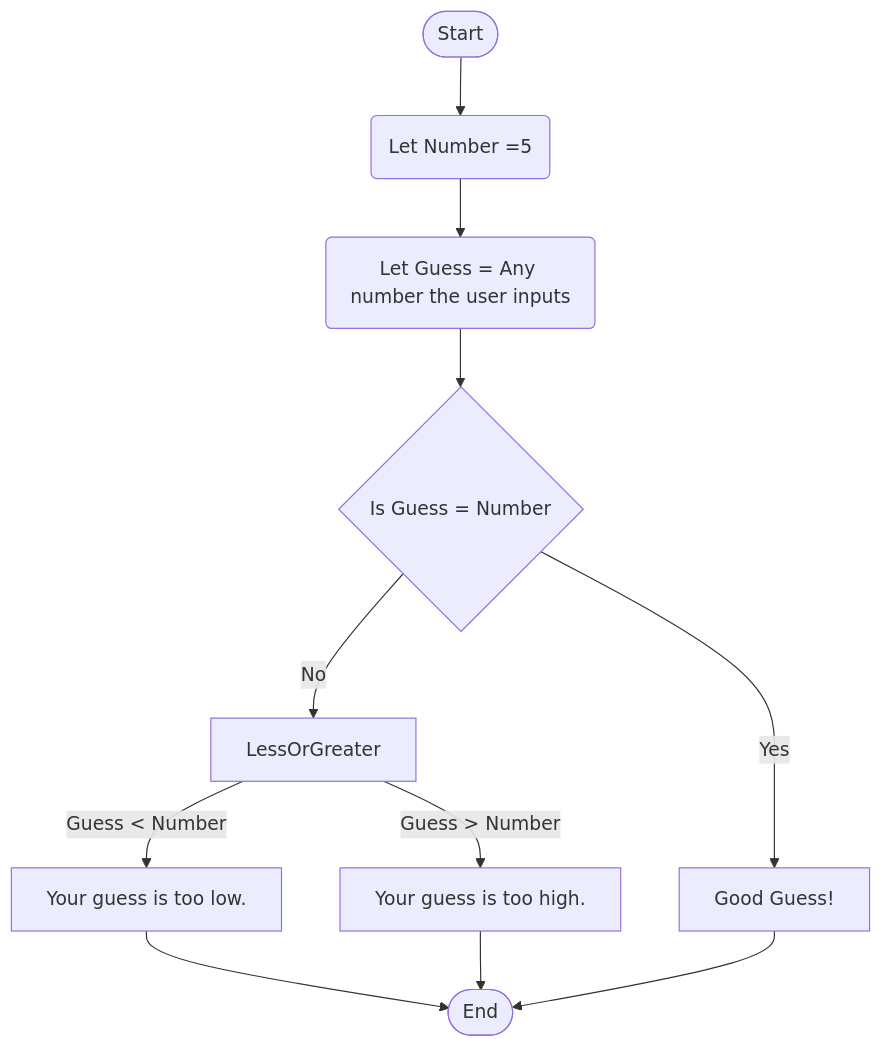
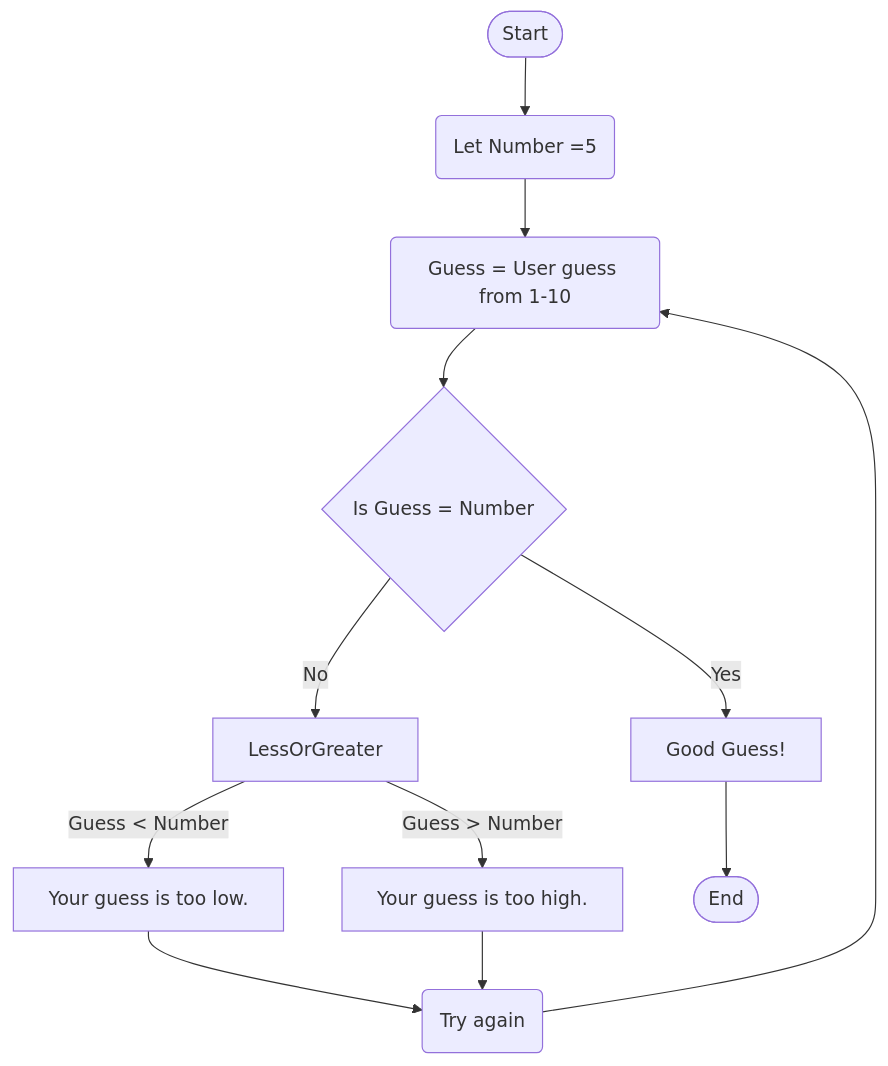
Before and after one commit to s-divakaruni/s-divakaruni.github.io: the diagram in Guessing.md, drawn with Mermaid. The commit also changed other lines of this file, not shown here.

Commit message:
Final Updates

````diff
--- a/Guessing.md
+++ b/Guessing.md
@@ -2,13 +2,14 @@
 ```mermaid 
 flowchart TD
     Start([Start]) -->  Assign("Let Number =5")
-    Assign --> Assume("Let Guess = Any number the user inputs")
+    Assign --> Assume("Guess = User guess from 1-10")
     Assume --> Check{"Is Guess = Number"}
     Check --> |Yes| Correct["Good Guess!"]
     Check --> |No| LessOrGreater 
     LessOrGreater --> |Guess < Number| TooLow["Your guess is too low."]
     LessOrGreater --> |Guess > Number| TooHigh["Your guess is too high."]
-    TooLow -->End([End])
-    TooHigh -->End([End])
+    TooLow -->Retry("Try again")
+    TooHigh -->Retry("Try again")
+    Retry --> Assume
     Correct -->End([End])
 ```
````
